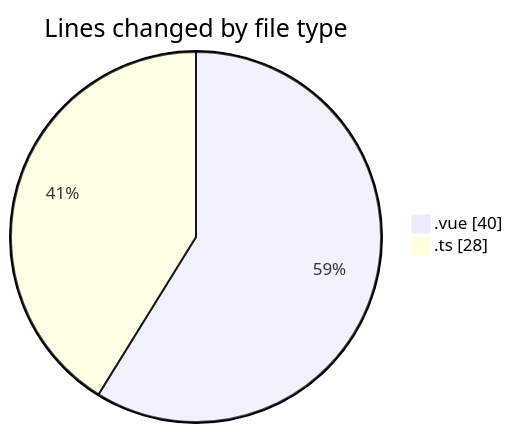
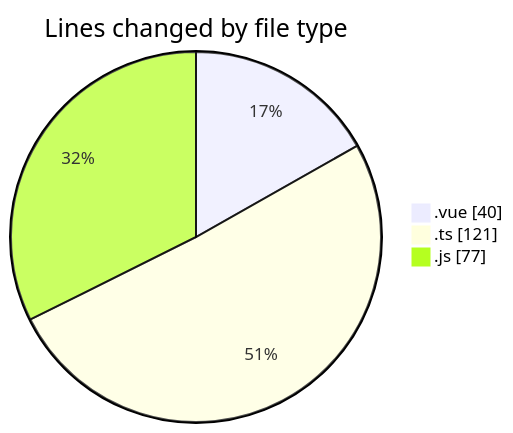
One commit to lephambinh05/code-tracking changed the first of 2 diagrams in 2025-08-19/rentotp/README.md. Above: the diagram before and after it, drawn with Mermaid. The commit also changed other lines of this file and 1 other file, not shown here.

````diff
--- a/2025-08-19/rentotp/README.md
+++ b/2025-08-19/rentotp/README.md
@@ -24,6 +26,7 @@
 ```mermaid
 pie showData
 title Lines changed by file type
 ".vue" : 40
-".ts" : 28
+".ts" : 121
+".js" : 77
 ```
````
